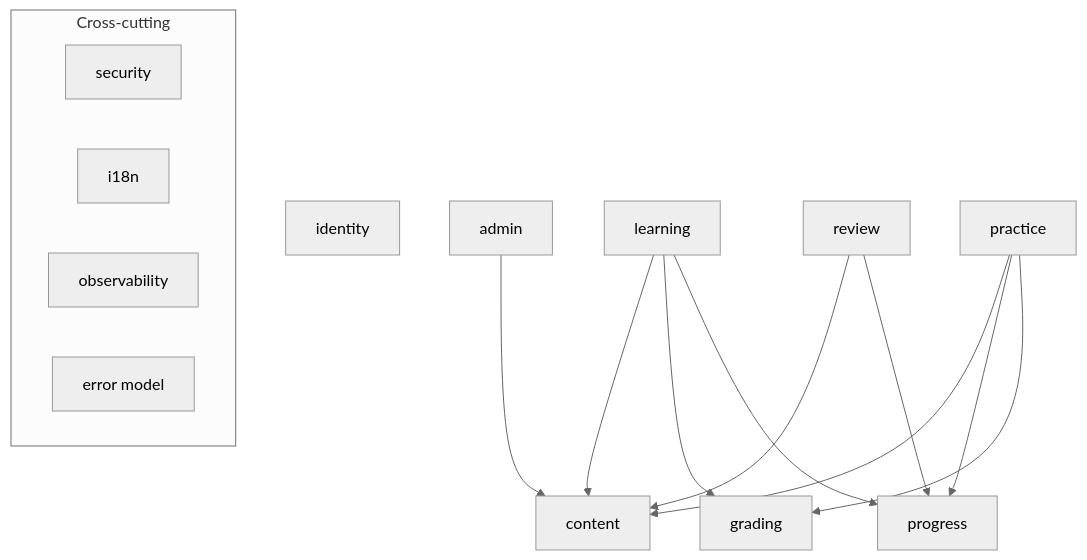
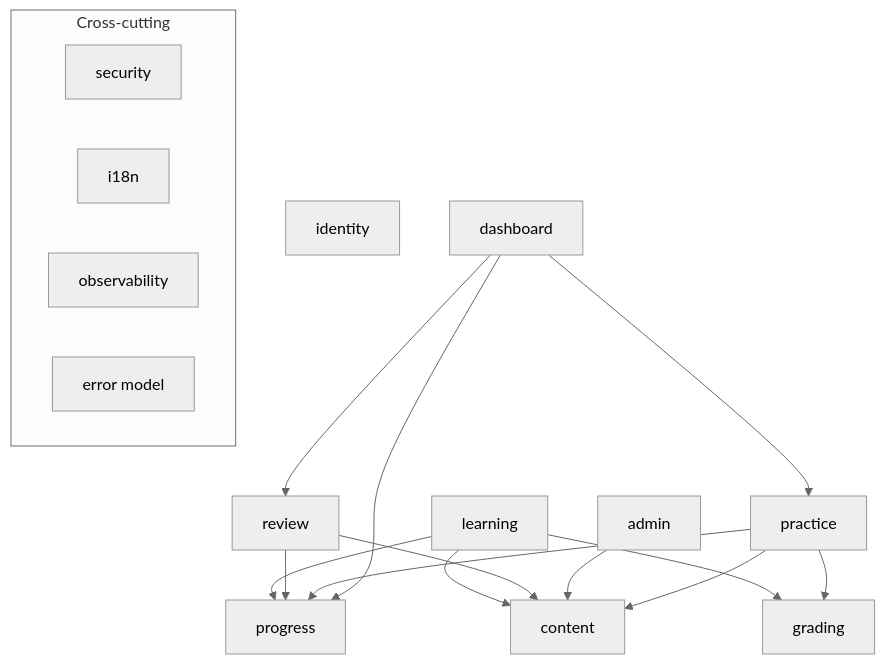
The first of 6 diagrams in docs/41-architecture-lld.md (morshed-seu/shikhi), drawn with Mermaid (neutral theme) before and after one commit. The commit also changed other lines of this file and 5 other files, not shown here.

````diff
--- a/docs/41-architecture-lld.md
+++ b/docs/41-architecture-lld.md
@@ -25,19 +25,22 @@
 ```mermaid
 graph TD
     subgraph Cross-cutting
       SEC[security] ; I18N[i18n] ; OBS[observability] ; ERR[error model]
     end
     identity
     content
     learning --> content
     learning --> grading
     learning --> progress
     review --> content
     review --> progress
     admin --> content
     practice --> content
     practice --> progress
     practice --> grading
+    dashboard --> progress
+    dashboard --> practice
+    dashboard --> review
     progress
     grading
 ```
````
